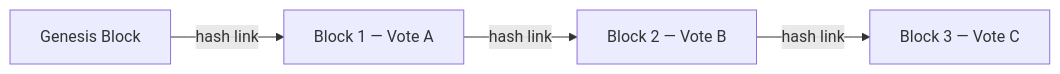
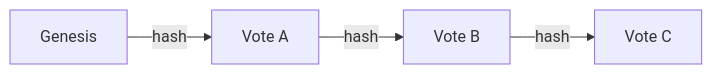
The second of 2 diagrams in README.md (Interpoll1/decentralised), drawn with Mermaid before and after one commit. The commit also changed other lines of this file and 5 other files, not shown here.

````diff
--- a/README.md
+++ b/README.md
@@ -226,6 +88,4 @@
 ```mermaid
 graph LR
-    G[Genesis Block] -->|hash link| B1[Block 1 — Vote A]
-    B1 -->|hash link| B2[Block 2 — Vote B]
-    B2 -->|hash link| B3[Block 3 — Vote C]
+    G[Genesis] -->|hash| B1[Vote A] -->|hash| B2[Vote B] -->|hash| B3[Vote C]
 ```
````
